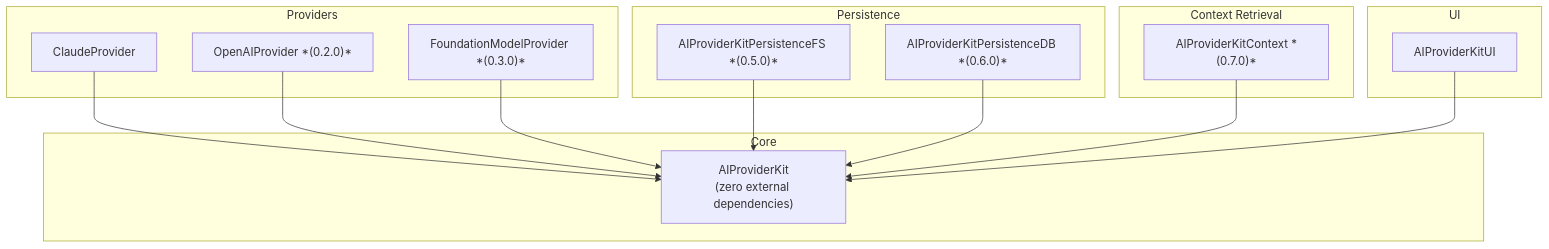
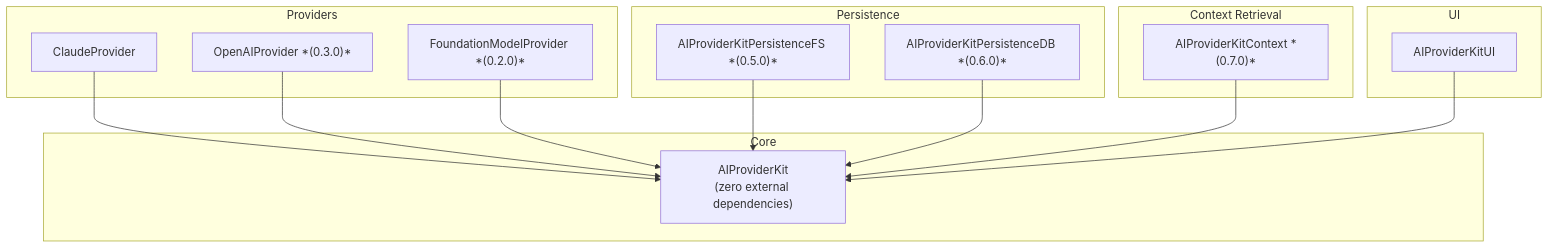
The first of 9 diagrams in Documentation/Architecture.md (molayab/swift-ai-provider-kit), drawn with Mermaid before and after one commit. The commit also changed 2 other files, not shown here.

Commit message:
Swap milestone order: 0.2.0 → Foundation Models, 0.3.0 → OpenAI
Reorders the two provider milestones so on-device inference ships before
the OpenAI integration, reflecting the team's updated priority.

https://claude.ai/code/session_013aCADf6NPt5exKKiLK4yxf

````diff
--- a/Documentation/Architecture.md
+++ b/Documentation/Architecture.md
@@ -18,33 +18,33 @@
 ```mermaid
 graph TD
     subgraph Core
         AIProviderKit["AIProviderKit\n(zero external dependencies)"]
     end
 
     subgraph Providers
         Claude["ClaudeProvider"]
-        OpenAI["OpenAIProvider *(0.2.0)*"]
-        FM["FoundationModelProvider *(0.3.0)*"]
+        OpenAI["OpenAIProvider *(0.3.0)*"]
+        FM["FoundationModelProvider *(0.2.0)*"]
     end
 
     subgraph Persistence
         PFS["AIProviderKitPersistenceFS *(0.5.0)*"]
         PDB["AIProviderKitPersistenceDB *(0.6.0)*"]
     end
 
     subgraph Context["Context Retrieval"]
         CTX["AIProviderKitContext *(0.7.0)*"]
     end
 
     subgraph UI
         AKUI["AIProviderKitUI"]
     end
 
     Claude --> AIProviderKit
     OpenAI --> AIProviderKit
     FM --> AIProviderKit
     PFS --> AIProviderKit
     PDB --> AIProviderKit
     CTX --> AIProviderKit
     AKUI --> AIProviderKit
 ```
````
